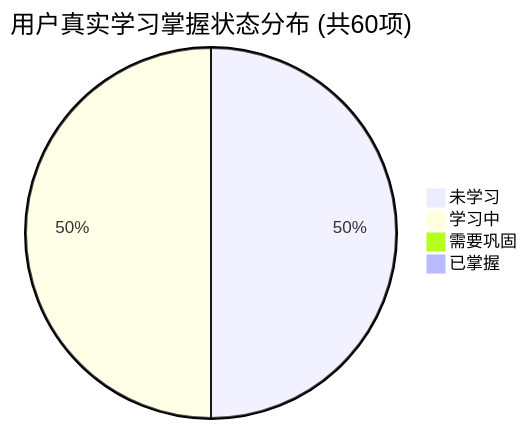
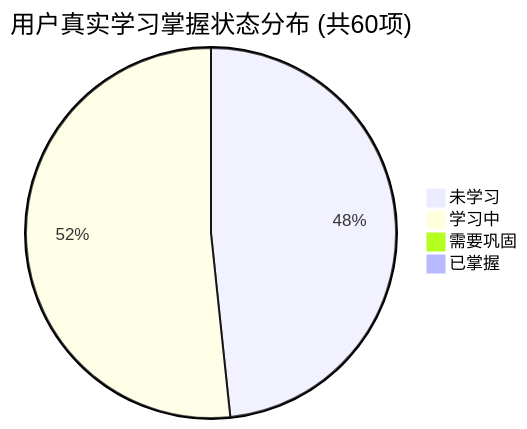
One commit to tieke1121/tech-interview-knowledge-base changed the first of 2 diagrams in PROGRESS.md. Above: the diagram before and after it, drawn with Mermaid. The commit also changed other lines of this file and 1 other file, not shown here.

````diff
--- a/PROGRESS.md
+++ b/PROGRESS.md
@@ -27,7 +27,7 @@
 ```mermaid
 pie title 用户真实学习掌握状态分布 (共60项)
-    "未学习" : 30
-    "学习中" : 30
+    "未学习" : 29
+    "学习中" : 31
     "需要巩固" : 0
     "已掌握" : 0
 ```
````
